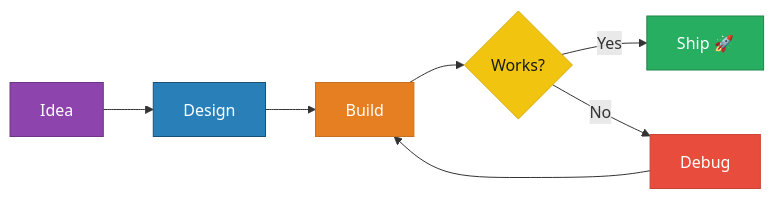
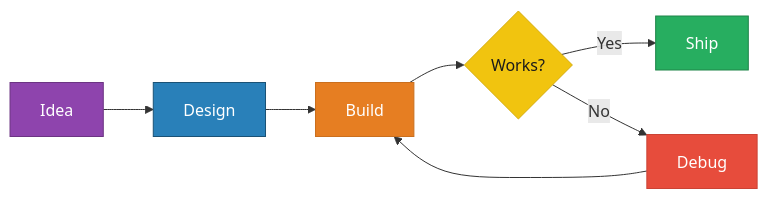
The seventh of 7 diagrams in tests/fixtures/mermaid.md (Broccolito/bioscratch), drawn with Mermaid before and after one commit. The commit also changed 1 other file, not shown here.

Commit message:
fixed mermaid export

````diff
--- a/tests/fixtures/mermaid.md
+++ b/tests/fixtures/mermaid.md
@@ -106,16 +106,16 @@
 ```mermaid
 flowchart LR
     A[Idea]:::violet --> B[Design]:::blue
     B --> C[Build]:::orange
     C --> D{Works?}:::yellow
-    D -->|Yes| E[Ship 🚀]:::green
+    D -->|Yes| E[Ship]:::green
     D -->|No| F[Debug]:::red
     F --> C
 
     classDef violet  fill:#8e44ad,stroke:#6c3483,color:#fff
     classDef blue    fill:#2980b9,stroke:#1a5276,color:#fff
     classDef orange  fill:#e67e22,stroke:#ca6f1e,color:#fff
     classDef yellow  fill:#f1c40f,stroke:#d4ac0d,color:#1a1a1a
     classDef green   fill:#27ae60,stroke:#1e8449,color:#fff
     classDef red     fill:#e74c3c,stroke:#cb4335,color:#fff
 ```
````
